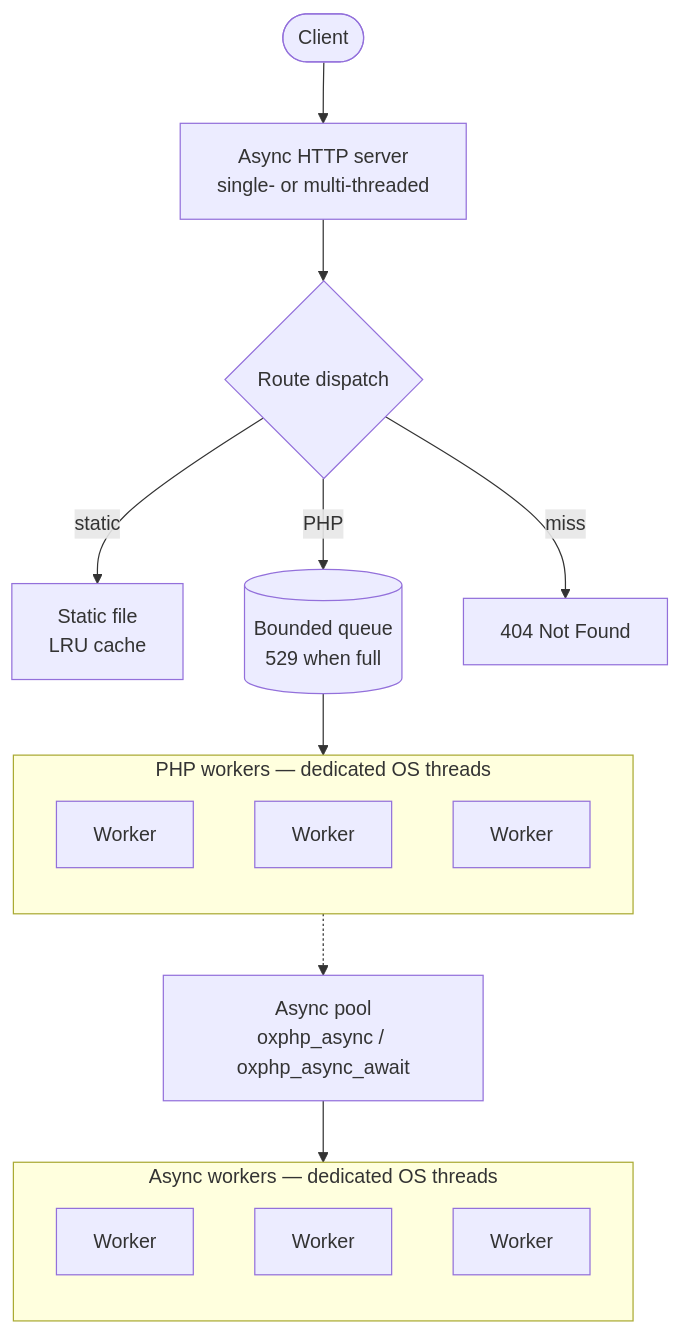
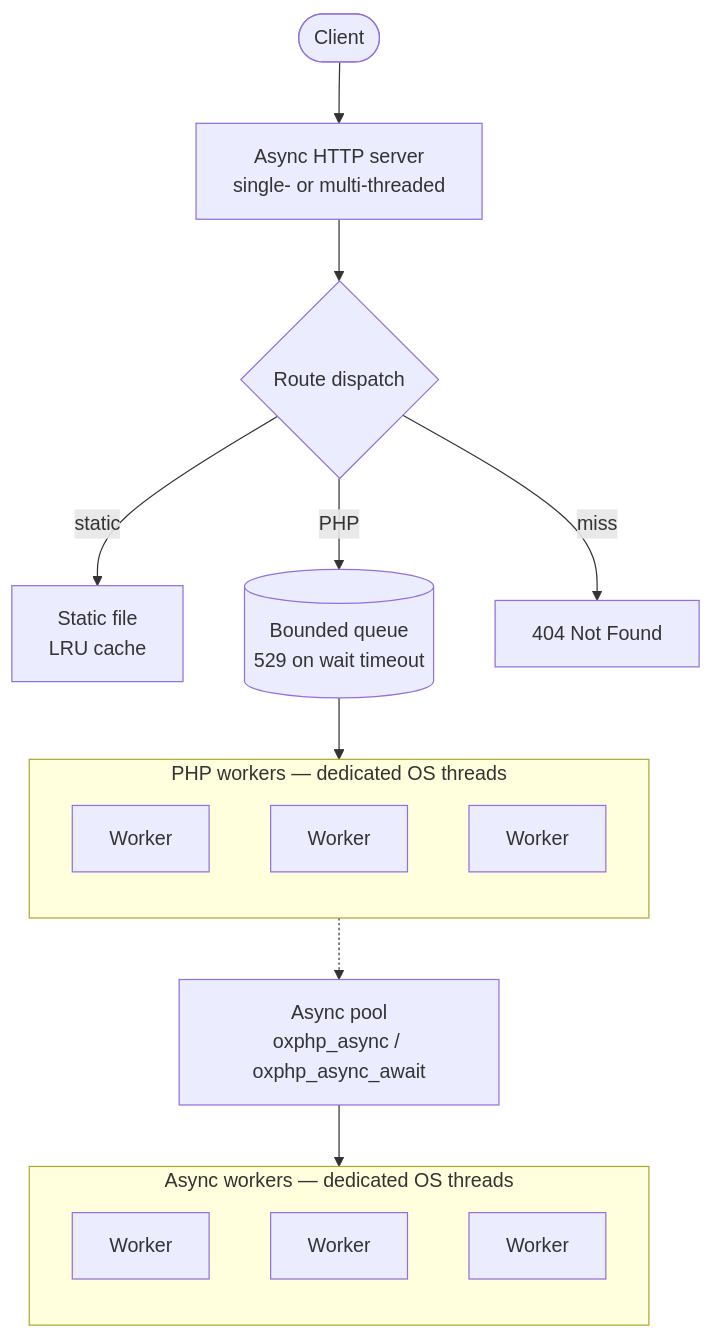
One commit to oxphp/oxphp changed the first of 2 diagrams in README.md. Above: the diagram before and after it, drawn with Mermaid. The commit also changed other lines of this file, not shown here.

````diff
--- a/README.md
+++ b/README.md
@@ -203,33 +204,33 @@
 ```mermaid
 flowchart TD
     Client([Client])
     HTTP["Async HTTP server<br/>single- or multi-threaded"]
     Route{Route dispatch}
     Static["Static file<br/>LRU cache"]
-    Queue[("Bounded queue<br/>529 when full")]
+    Queue[("Bounded queue<br/>529 on wait timeout")]
     NF["404 Not Found"]
     Pool["Async pool<br/>oxphp_async / oxphp_async_await"]
 
     Client --> HTTP
     HTTP --> Route
     Route -->|static| Static
     Route -->|miss| NF
     Route -->|PHP| Queue
     Queue --> PhpWorkers
     PhpWorkers -.-> Pool
     Pool --> AsyncWorkers
 
     subgraph PhpWorkers [PHP workers — dedicated OS threads]
         direction BT
         W1[Worker]
         W2[Worker]
         W3[Worker]
     end
 
     subgraph AsyncWorkers [Async workers — dedicated OS threads]
         direction BT
         A1[Worker]
         A2[Worker]
         A3[Worker]
     end
 ```
````
